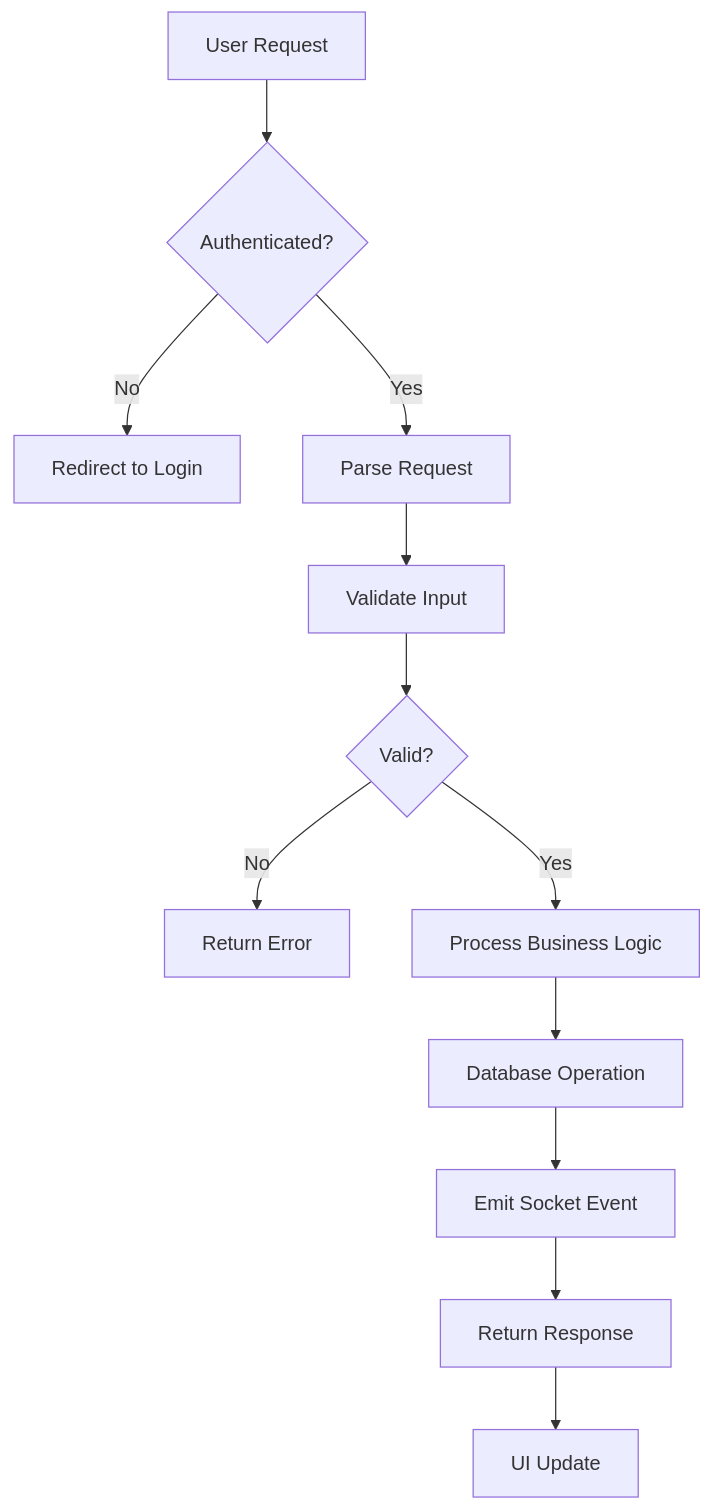
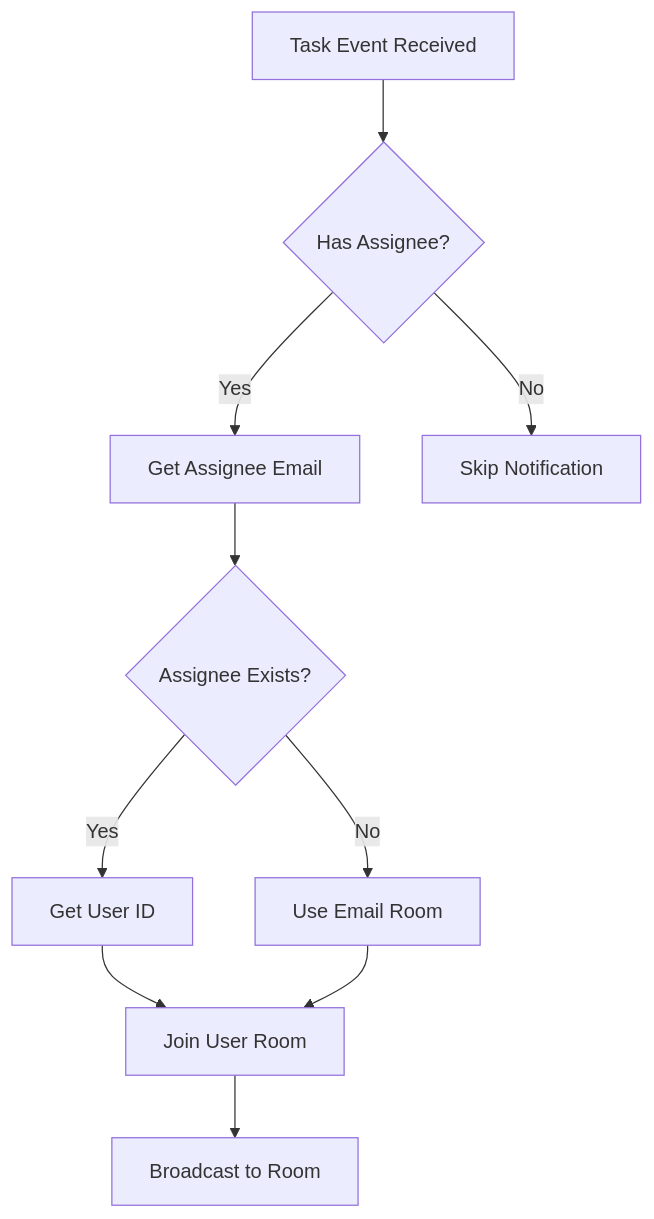
One commit to anshsharmacse/taskflow-socket changed the fifth of 10 diagrams in README.md. Above: the diagram before and after it, drawn with Mermaid. The commit also changed other lines of this file, not shown here.

````diff
--- a/README.md
+++ b/README.md
@@ -272,14 +207,12 @@
 ```mermaid
 flowchart TD
-    A[User Request] --> B{Authenticated?}
-    B -->|No| C[Redirect to Login]
-    B -->|Yes| D[Parse Request]
-    D --> E[Validate Input]
-    E --> F{Valid?}
-    F -->|No| G[Return Error]
-    F -->|Yes| H[Process Business Logic]
-    H --> I[Database Operation]
-    I --> J[Emit Socket Event]
-    J --> K[Return Response]
-    K --> L[UI Update]
+    A[Task Event Received] --> B{Has Assignee?}
+    B -->|Yes| C[Get Assignee Email]
+    B -->|No| D[Skip Notification]
+    C --> E{Assignee Exists?}
+    E -->|Yes| F[Get User ID]
+    E -->|No| G[Use Email Room]
+    F --> H[Join User Room]
+    G --> H
+    H --> I[Broadcast to Room]
 ```
````
